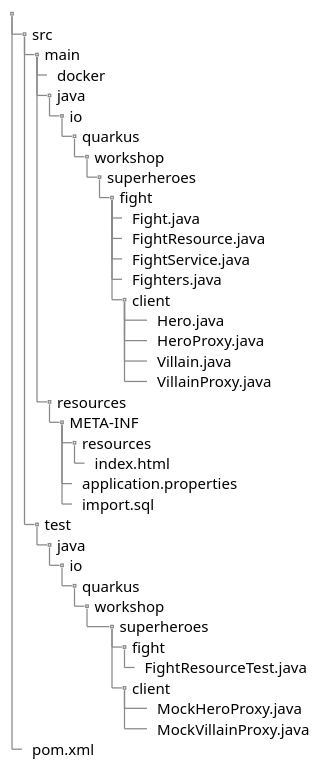
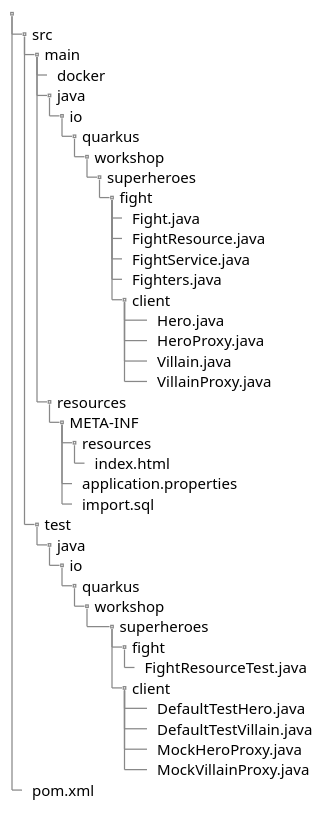
One commit to quarkusio/quarkus-workshops changed the diagram in quarkus-workshop-super-heroes/docs/src/docs/asciidoc/5-rest-client/rest-clients.adoc. Above: the diagram before and after it, drawn with PlantUML. The commit also changed other lines of this file and 21 other files, not shown here.

```diff
--- a/quarkus-workshop-super-heroes/docs/src/docs/asciidoc/5-rest-client/rest-clients.adoc
+++ b/quarkus-workshop-super-heroes/docs/src/docs/asciidoc/5-rest-client/rest-clients.adoc
@@ -10,47 +10,49 @@
 [plantuml]
 ----
 @startsalt
 {
 {
 T
 .
 + src
 ++ main
 +++ docker
 +++ java
 ++++ io
 +++++ quarkus
 ++++++ workshop
 +++++++ superheroes
 ++++++++ fight
 +++++++++ Fight.java
 +++++++++ FightResource.java
 +++++++++ FightService.java
 +++++++++ Fighters.java
 +++++++++ client
 +++++++++++ Hero.java
 +++++++++++ HeroProxy.java
 +++++++++++ Villain.java
 +++++++++++ VillainProxy.java
 +++ resources
 ++++ META-INF
 +++++ resources
 ++++++ index.html
 +++++ application.properties
 +++++ import.sql
 ++ test
 +++ java
 ++++ io
 +++++ quarkus
 ++++++ workshop
 ++++++++ superheroes
 +++++++++ fight
 ++++++++++ FightResourceTest.java
 +++++++++ client
++++++++++++ DefaultTestHero.java
++++++++++++ DefaultTestVillain.java
 +++++++++++ MockHeroProxy.java
 +++++++++++ MockVillainProxy.java
 + pom.xml
 }
 }
 @endsalt
 ----
```
